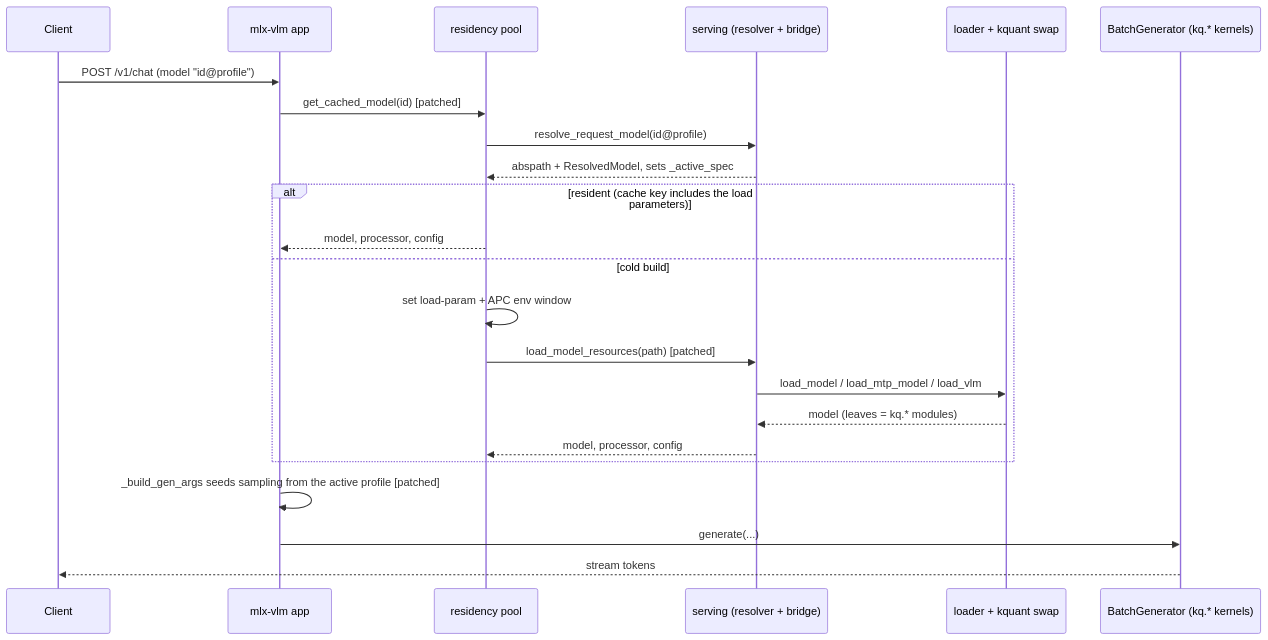
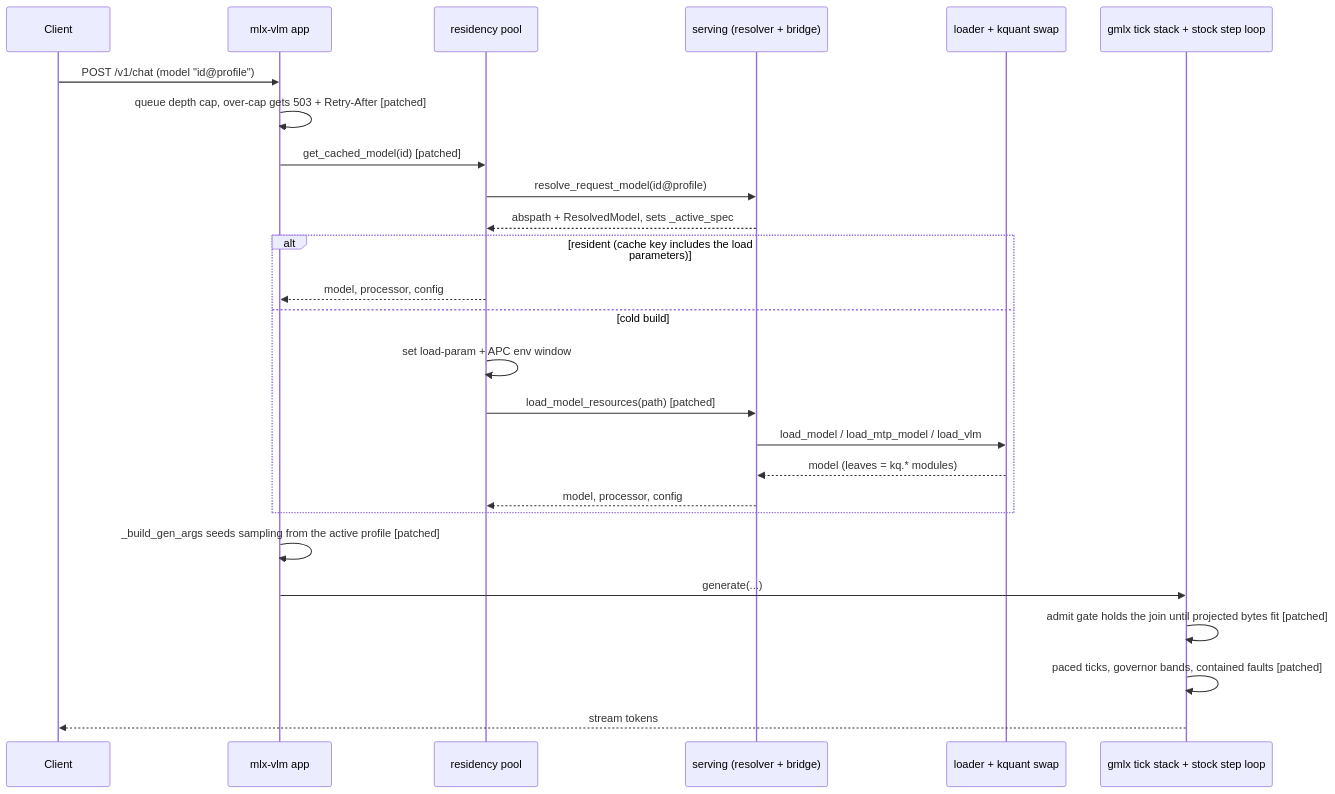
One commit to asher/gmlx changed the second of 2 diagrams in docs/internals/serving-architecture.md. Above: the diagram before and after it, drawn with Mermaid. The commit also changed other lines of this file and 4 other files, not shown here.

Commit message:
docs: serving-architecture rewrite, gmlx scheduling policy (#132)

````diff
--- a/docs/internals/serving-architecture.md
+++ b/docs/internals/serving-architecture.md
@@ -106,25 +190,28 @@
 ```mermaid
 sequenceDiagram
   participant C as Client
   participant A as mlx-vlm app
   participant R as residency pool
   participant S as serving (resolver + bridge)
   participant L as loader + kquant swap
-  participant E as BatchGenerator (kq.* kernels)
+  participant E as gmlx tick stack + stock step loop
   C->>A: POST /v1/chat (model "id@profile")
+  A->>A: queue depth cap, over-cap gets 503 + Retry-After   [patched]
   A->>R: get_cached_model(id)   [patched]
   R->>S: resolve_request_model(id@profile)
   S-->>R: abspath + ResolvedModel, sets _active_spec
   alt resident (cache key includes the load parameters)
     R-->>A: model, processor, config
   else cold build
     R->>R: set load-param + APC env window
     R->>S: load_model_resources(path)   [patched]
     S->>L: load_model / load_mtp_model / load_vlm
     L-->>S: model (leaves = kq.* modules)
     S-->>R: model, processor, config
   end
   A->>A: _build_gen_args seeds sampling from the active profile   [patched]
   A->>E: generate(...)
+  E->>E: admit gate holds the join until projected bytes fit   [patched]
+  E->>E: paced ticks, governor bands, contained faults   [patched]
   E-->>C: stream tokens
 ```
````
